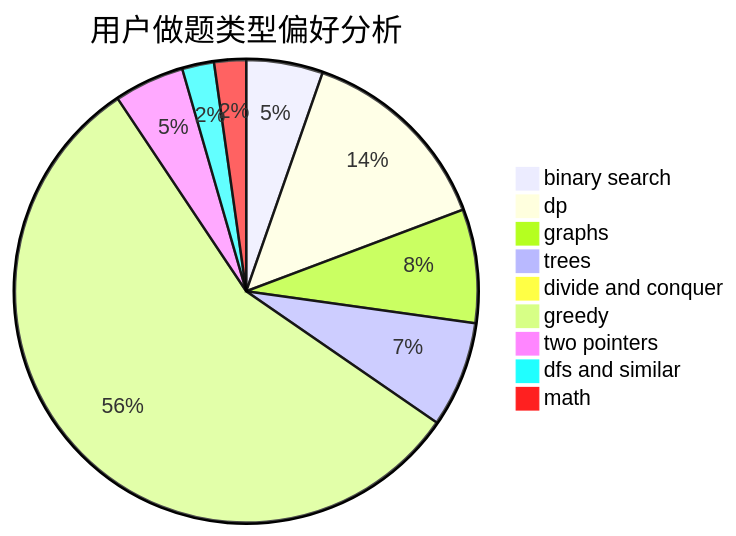
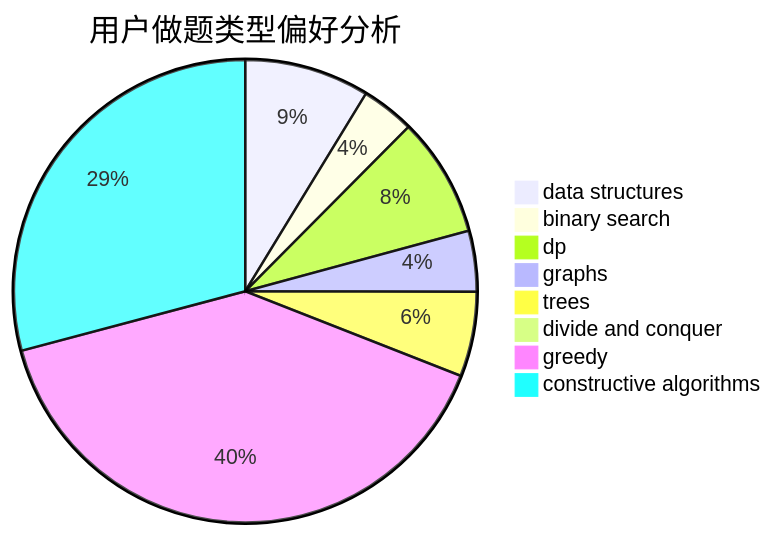
One commit to sherpahu/cfrs.github.io changed the second of 3 diagrams in docs/user/u1134.md. Above: the diagram before and after it, drawn with Mermaid. The commit also changed other lines of this file and 2775 other files, not shown here.

````diff
--- a/docs/user/u1134.md
+++ b/docs/user/u1134.md
@@ -23,12 +23,11 @@
 ```mermaid
 pie title 用户做题类型偏好分析
-    "binary search" :  60
-    "dp" :  156
-    "graphs" :  89
-    "trees" :  83
+    "data structures" :  115
+    "binary search" :  49
+    "dp" :  110
+    "graphs" :  56
+    "trees" :  78
     "divide and conquer" :  8
-    "greedy" :  628
-    "two pointers" :  55
-    "dfs and similar" :  25
-    "math" :  25
+    "greedy" :  526
+    "constructive algorithms" :  384
 ```
````
